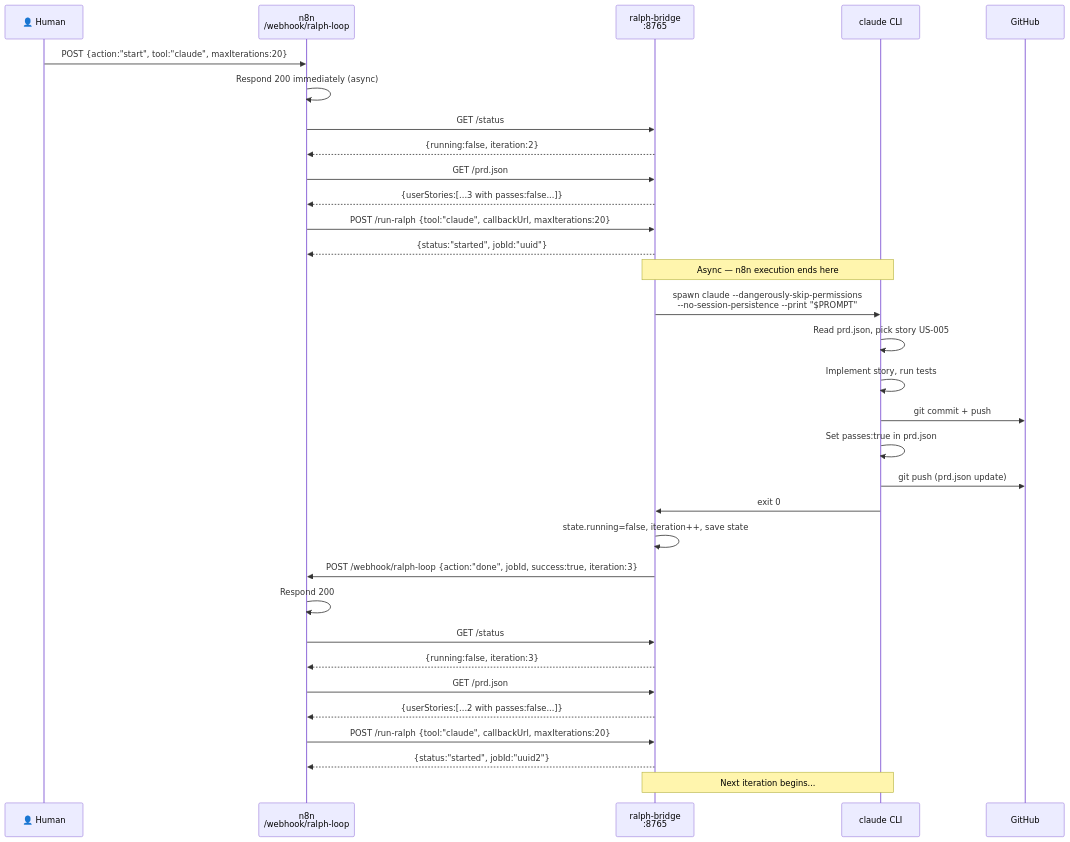
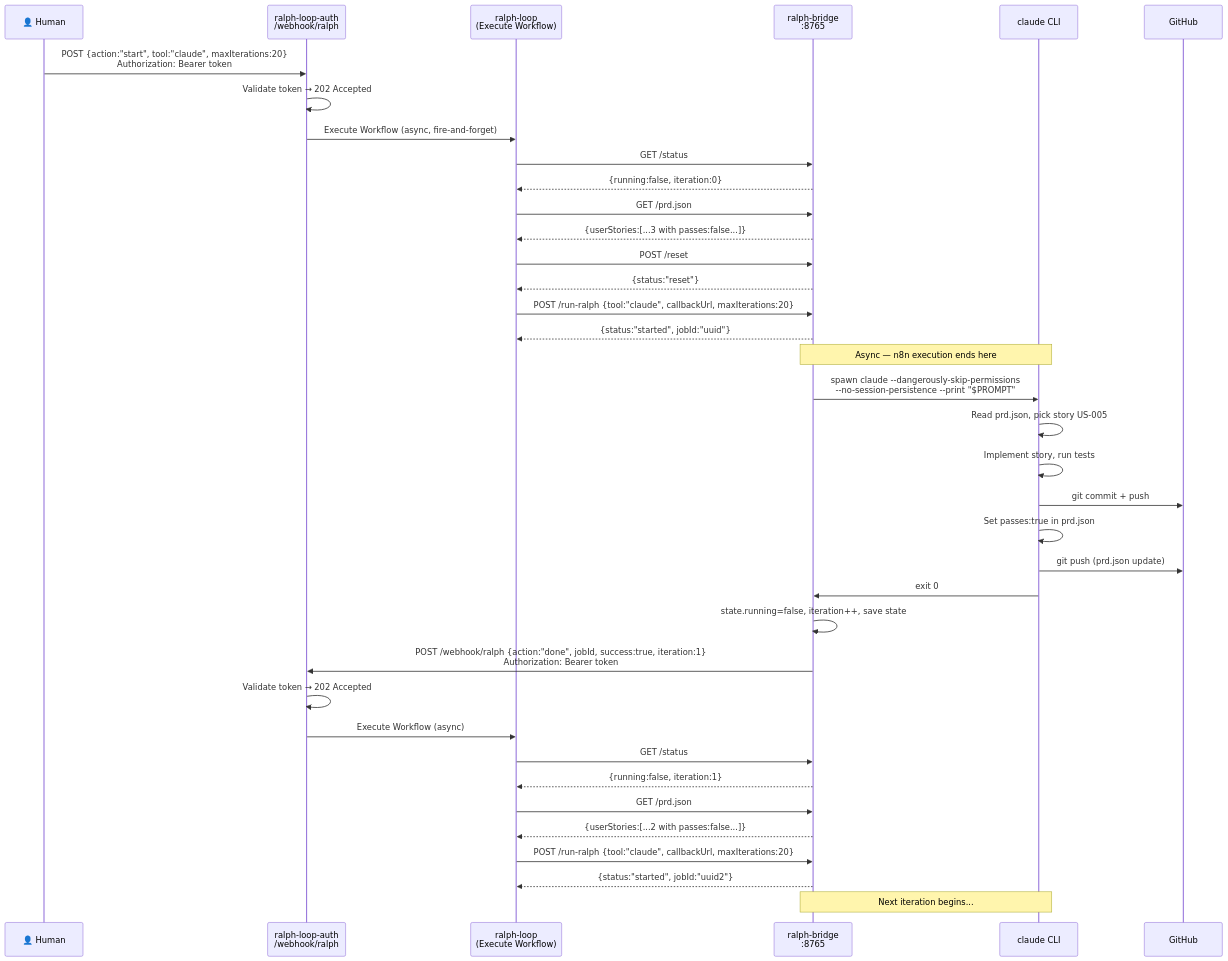
One commit to NNTin/gsnake-specs changed the fourth of 8 diagrams in ralph-loop/architecture.md. Above: the diagram before and after it, drawn with Mermaid. The commit also changed other lines of this file, not shown here.

First line of the commit message:
feat: improve ralph-loop architecture — auth gateway, reset/abort, amp removal

````diff
--- a/ralph-loop/architecture.md
+++ b/ralph-loop/architecture.md
@@ -155,37 +195,42 @@
 ```mermaid
 sequenceDiagram
     participant H as 👤 Human
-    participant N as n8n<br/>/webhook/ralph-loop
+    participant A as ralph-loop-auth<br/>/webhook/ralph
+    participant N as ralph-loop<br/>(Execute Workflow)
     participant B as ralph-bridge<br/>:8765
     participant C as claude CLI
     participant G as GitHub
 
-    H->>N: POST {action:"start", tool:"claude", maxIterations:20}
-    N->>N: Respond 200 immediately (async)
+    H->>A: POST {action:"start", tool:"claude", maxIterations:20}<br/>Authorization: Bearer token
+    A->>A: Validate token → 202 Accepted
+    A->>N: Execute Workflow (async, fire-and-forget)
     N->>B: GET /status
-    B-->>N: {running:false, iteration:2}
+    B-->>N: {running:false, iteration:0}
     N->>B: GET /prd.json
     B-->>N: {userStories:[...3 with passes:false...]}
+    N->>B: POST /reset
+    B-->>N: {status:"reset"}
     N->>B: POST /run-ralph {tool:"claude", callbackUrl, maxIterations:20}
     B-->>N: {status:"started", jobId:"uuid"}
     Note over B,C: Async — n8n execution ends here
 
     B->>C: spawn claude --dangerously-skip-permissions<br>--no-session-persistence --print "$PROMPT"
     C->>C: Read prd.json, pick story US-005
     C->>C: Implement story, run tests
     C->>G: git commit + push
     C->>C: Set passes:true in prd.json
     C->>G: git push (prd.json update)
     C->>B: exit 0
     B->>B: state.running=false, iteration++, save state
 
-    B->>N: POST /webhook/ralph-loop {action:"done", jobId, success:true, iteration:3}
-    N->>N: Respond 200
+    B->>A: POST /webhook/ralph {action:"done", jobId, success:true, iteration:1}<br/>Authorization: Bearer token
+    A->>A: Validate token → 202 Accepted
+    A->>N: Execute Workflow (async)
     N->>B: GET /status
-    B-->>N: {running:false, iteration:3}
+    B-->>N: {running:false, iteration:1}
     N->>B: GET /prd.json
     B-->>N: {userStories:[...2 with passes:false...]}
     N->>B: POST /run-ralph {tool:"claude", callbackUrl, maxIterations:20}
     B-->>N: {status:"started", jobId:"uuid2"}
     Note over B,C: Next iteration begins...
 ```
````
